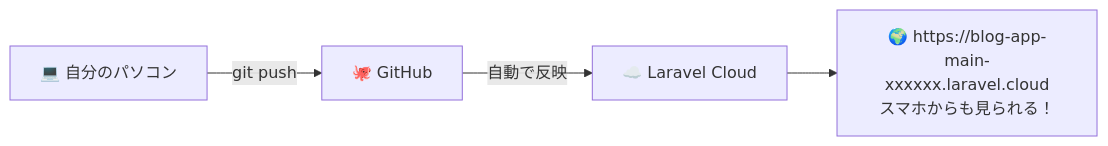
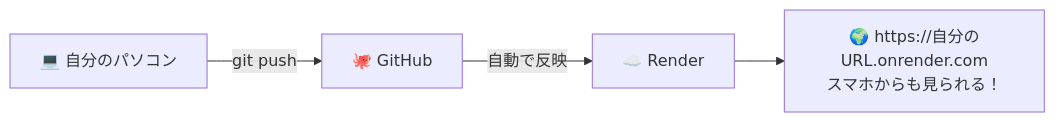
Before and after one commit to kou-tech/seb-hands-on: the first of 3 diagrams in guides/07.md, drawn with Mermaid. The commit also changed other lines of this file and 7 other files, not shown here.

````diff
--- a/guides/07.md
+++ b/guides/07.md
@@ -14,6 +15,6 @@
 ```mermaid
 flowchart LR
     PC["💻 自分のパソコン"] -->|"git push"| GH["🐙 GitHub"]
-    GH -->|自動で反映| LC["☁️ Laravel Cloud"]
-    LC --> URL["🌍 https://blog-app-main-xxxxxx.laravel.cloud<br/>スマホからも見られる！"]
+    GH -->|自動で反映| R["☁️ Render"]
+    R --> URL["🌍 https://自分のURL.onrender.com<br/>スマホからも見られる！"]
 ```
````
